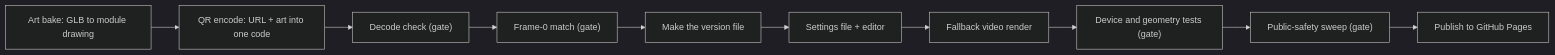
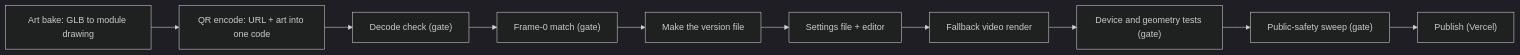
One commit to tas-fdnxt/portaboom-qr changed the diagram in workflow/graphs/build.mmd. Above: the diagram before and after it, drawn with Mermaid (dark theme). The commit also changed 12 other files, not shown here.

```diff
--- a/workflow/graphs/build.mmd
+++ b/workflow/graphs/build.mmd
@@ -1,20 +1,20 @@
 flowchart LR
   b_art_bake["Art bake: GLB to module drawing"]
   b_qr_encode["QR encode: URL + art into one code"]
   b_decode_check["Decode check (gate)"]
   b_frame0_match["Frame-0 match (gate)"]
   b_version_scaffold["Make the version file"]
   b_config_editor["Settings file + editor"]
   b_video_render["Fallback video render"]
   b_device_tests["Device and geometry tests (gate)"]
   b_security_sweep["Public-safety sweep (gate)"]
-  b_publish["Publish to GitHub Pages"]
+  b_publish["Publish (Vercel)"]
   b_art_bake --> b_qr_encode
   b_qr_encode --> b_decode_check
   b_decode_check --> b_frame0_match
   b_frame0_match --> b_version_scaffold
   b_version_scaffold --> b_config_editor
   b_config_editor --> b_video_render
   b_video_render --> b_device_tests
   b_device_tests --> b_security_sweep
   b_security_sweep --> b_publish
```
